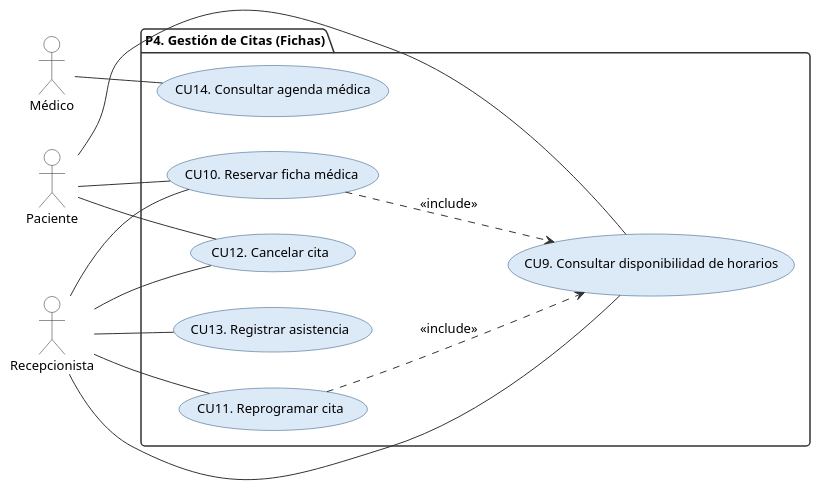
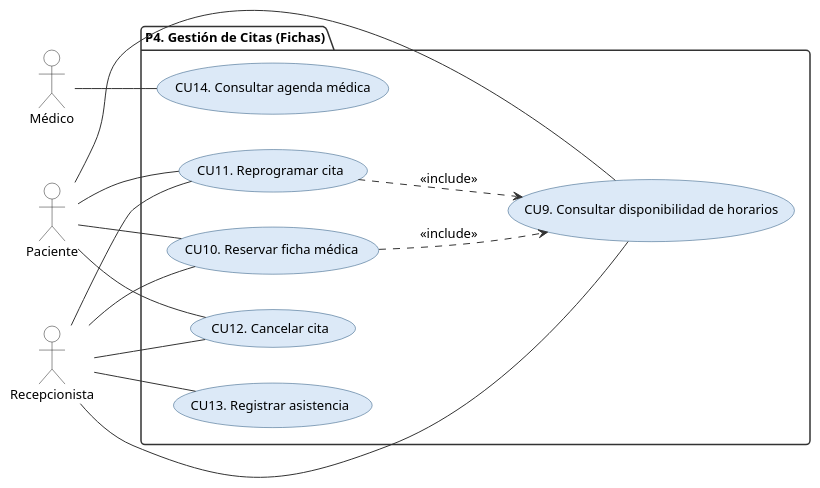
One commit to ronaldflores2004/VidaSalud changed the diagram in docs/uml/plantuml/vista_p4.puml. Above: the diagram before and after it, drawn with PlantUML. The commit also changed 7 other files, not shown here.

First line of the commit message:
Documento: diagramas actualizados con la política de citas RN17–RN20

```diff
--- a/docs/uml/plantuml/vista_p4.puml
+++ b/docs/uml/plantuml/vista_p4.puml
@@ -1,58 +1,59 @@
 @startuml
 
 set separator none
 skinparam backgroundColor white
 skinparam defaultFontName Arial
 skinparam defaultFontSize 13
 skinparam shadowing false
 skinparam ArrowColor #333333
 skinparam ActorBorderColor #222222
 skinparam ActorBackgroundColor #FFFFFF
 skinparam UsecaseBorderColor #1F4E79
 skinparam UsecaseBackgroundColor #DCE9F7
 skinparam PackageBorderColor #333333
 skinparam PackageBackgroundColor #FFFFFF
 skinparam ClassBorderColor #333333
 skinparam ClassBackgroundColor #FFFFFF
 skinparam ClassHeaderBackgroundColor #DCE9F7
 skinparam NoteBackgroundColor #FFF8DC
 skinparam RectangleBorderColor #333333
 skinparam NodeBorderColor #1F4E79
 skinparam NodeBackgroundColor #F3F8FD
 skinparam ArtifactBackgroundColor #FFFFFF
 skinparam DatabaseBackgroundColor #DCE9F7
 skinparam SequenceLifeLineBorderColor #888888
 skinparam SequenceParticipantBackgroundColor #DCE9F7
 skinparam SequenceParticipantBorderColor #1F4E79
 skinparam ParticipantPadding 12
 skinparam BoundaryBackgroundColor #DCE9F7
 skinparam ControlBackgroundColor #DCE9F7
 skinparam EntityBackgroundColor #DCE9F7
 skinparam BoundaryBorderColor #1F4E79
 skinparam ControlBorderColor #1F4E79
 skinparam EntityBorderColor #1F4E79
 skinparam roundcorner 8
 left to right direction
 actor "Médico" as MED
 actor "Paciente" as PAC
 actor "Recepcionista" as REC
 package "P4. Gestión de Citas (Fichas)" {
   usecase "CU9. Consultar disponibilidad de horarios" as CU9
   usecase "CU10. Reservar ficha médica" as CU10
   usecase "CU11. Reprogramar cita" as CU11
   usecase "CU12. Cancelar cita" as CU12
   usecase "CU13. Registrar asistencia" as CU13
   usecase "CU14. Consultar agenda médica" as CU14
 }
 PAC -- CU9
 REC -- CU9
 PAC -- CU10
 REC -- CU10
 REC -- CU11
+PAC -- CU11
 REC -- CU12
 PAC -- CU12
 REC -- CU13
 MED -- CU14
 CU10 ..> CU9 : <<include>>
 CU11 ..> CU9 : <<include>>
 @enduml
```
